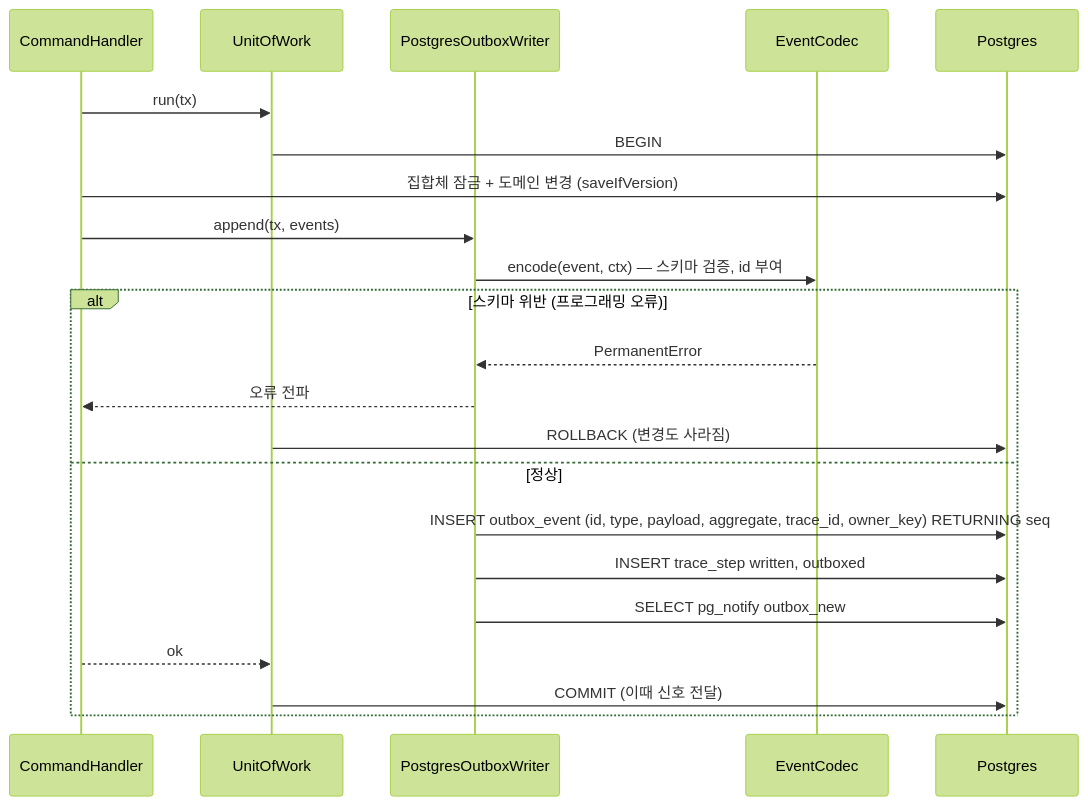
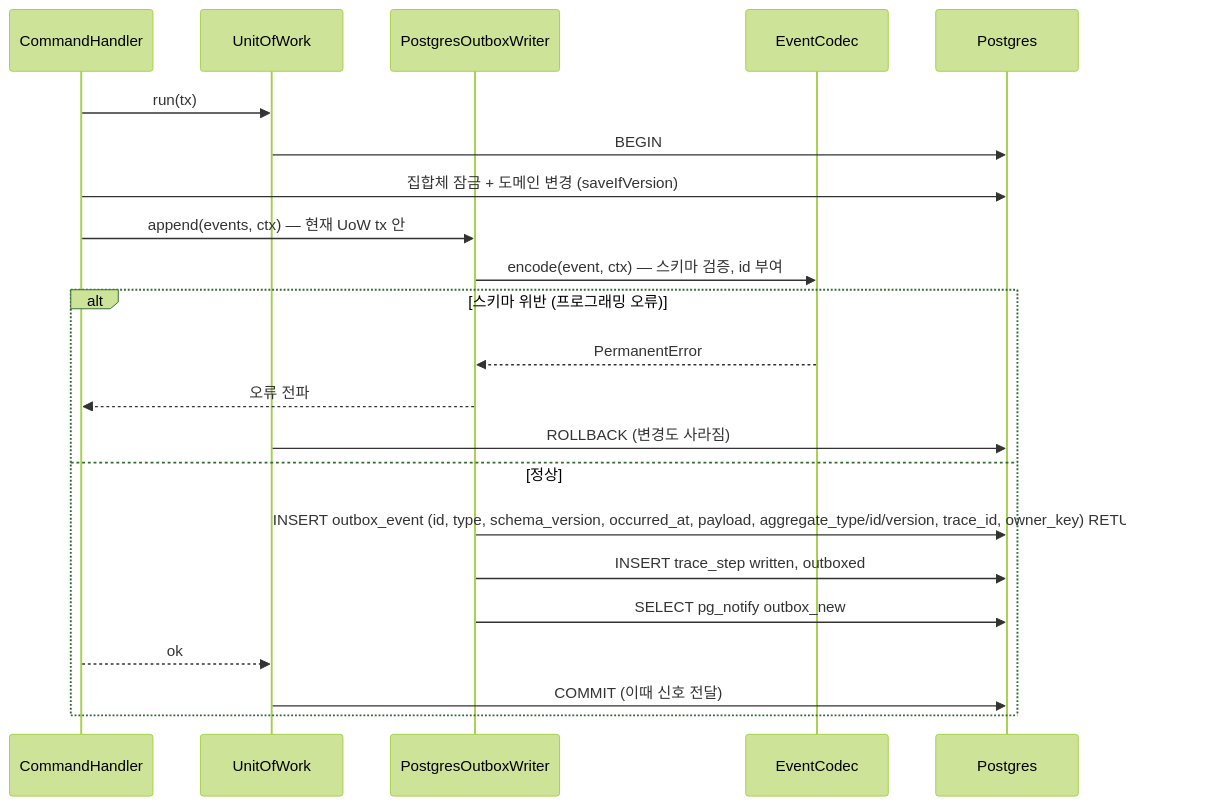
One commit to 1985jwlee/portpolio_backend changed the sixth of 47 diagrams in docs/design/features/13-events-pipeline.md. Above: the diagram before and after it, drawn with Mermaid (forest theme). The commit also changed other lines of this file and 33 other files, not shown here.

````diff
--- a/docs/design/features/13-events-pipeline.md
+++ b/docs/design/features/13-events-pipeline.md
@@ -641,24 +662,24 @@
 ```mermaid
 sequenceDiagram
     participant U as CommandHandler
     participant UW as UnitOfWork
     participant W as PostgresOutboxWriter
     participant C as EventCodec
     participant DB as Postgres
     U->>UW: run(tx)
     UW->>DB: BEGIN
     U->>DB: 집합체 잠금 + 도메인 변경 (saveIfVersion)
-    U->>W: append(tx, events)
+    U->>W: append(events, ctx) — 현재 UoW tx 안
     W->>C: encode(event, ctx) — 스키마 검증, id 부여
     alt 스키마 위반 (프로그래밍 오류)
         C-->>W: PermanentError
         W-->>U: 오류 전파
         UW->>DB: ROLLBACK (변경도 사라짐)
     else 정상
-        W->>DB: INSERT outbox_event (id, type, payload, aggregate, trace_id, owner_key) RETURNING seq
+        W->>DB: INSERT outbox_event (id, type, schema_version, occurred_at, payload, aggregate_type/id/version, trace_id, owner_key) RETURNING seq
         W->>DB: INSERT trace_step written, outboxed
         W->>DB: SELECT pg_notify outbox_new
         U-->>UW: ok
         UW->>DB: COMMIT (이때 신호 전달)
     end
 ```
````
